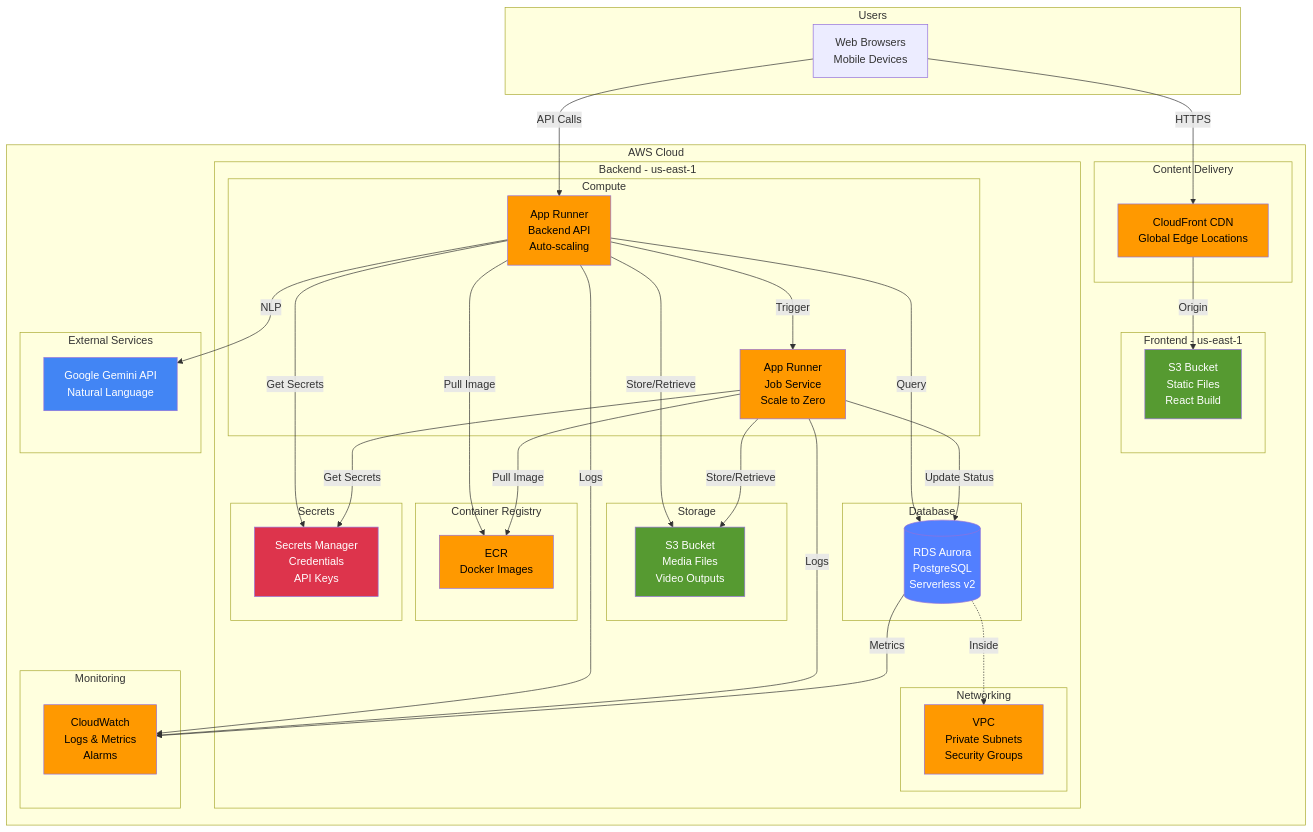
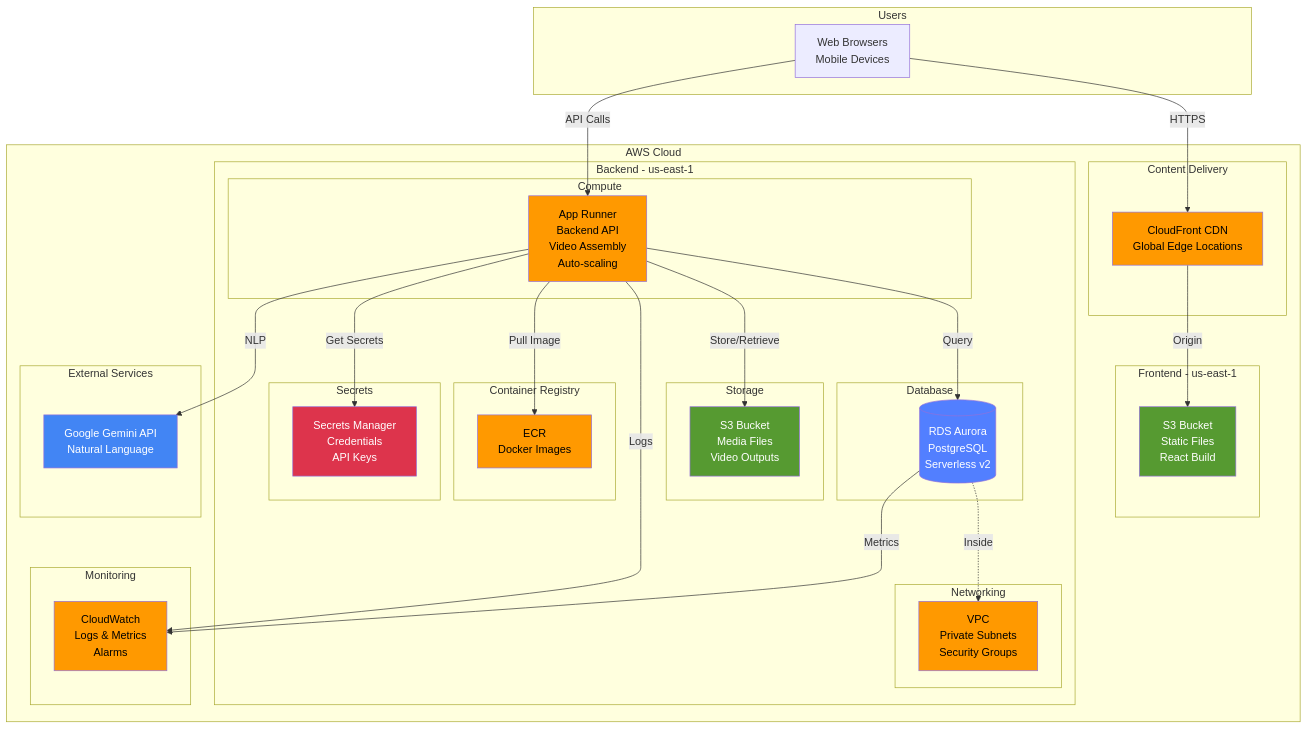
Before and after one commit to erickrex/bachata_buddy: the second of 6 diagrams in ARCHITECTURE.md, drawn with Mermaid. The commit also changed other lines of this file and 44 other files, not shown here.

````diff
--- a/ARCHITECTURE.md
+++ b/ARCHITECTURE.md
@@ -84,81 +77,73 @@
 ```mermaid
 graph TB
     subgraph "Users"
         U[Web Browsers<br/>Mobile Devices]
     end
     
     subgraph "AWS Cloud"
         subgraph "Content Delivery"
             CF[CloudFront CDN<br/>Global Edge Locations]
         end
         
         subgraph "Frontend - us-east-1"
             S3F[S3 Bucket<br/>Static Files<br/>React Build]
         end
         
         subgraph "Backend - us-east-1"
             subgraph "Compute"
-                AR1[App Runner<br/>Backend API<br/>Auto-scaling]
-                AR2[App Runner<br/>Job Service<br/>Scale to Zero]
+                AR1[App Runner<br/>Backend API<br/>Video Assembly<br/>Auto-scaling]
             end
             
             subgraph "Storage"
                 S3M[S3 Bucket<br/>Media Files<br/>Video Outputs]
             end
             
             subgraph "Database"
                 RDS[(RDS Aurora<br/>PostgreSQL<br/>Serverless v2)]
             end
             
             subgraph "Container Registry"
                 ECR[ECR<br/>Docker Images]
             end
             
             subgraph "Secrets"
                 SM[Secrets Manager<br/>Credentials<br/>API Keys]
             end
             
             subgraph "Networking"
                 VPC[VPC<br/>Private Subnets<br/>Security Groups]
             end
         end
         
         subgraph "Monitoring"
             CW[CloudWatch<br/>Logs & Metrics<br/>Alarms]
         end
         
         subgraph "External Services"
             GEMINI[Google Gemini API<br/>Natural Language]
         end
     end
     
     U -->|HTTPS| CF
     CF -->|Origin| S3F
     U -->|API Calls| AR1
     AR1 -->|Query| RDS
-    AR1 -->|Trigger| AR2
     AR1 -->|Store/Retrieve| S3M
-    AR2 -->|Store/Retrieve| S3M
-    AR2 -->|Update Status| RDS
     AR1 -->|Pull Image| ECR
-    AR2 -->|Pull Image| ECR
     AR1 -->|Get Secrets| SM
-    AR2 -->|Get Secrets| SM
     RDS -.->|Inside| VPC
     AR1 -->|NLP| GEMINI
     AR1 -->|Logs| CW
-    AR2 -->|Logs| CW
     RDS -->|Metrics| CW
     
     style CF fill:#ff9900,color:#000
     style S3F fill:#569a31,color:#fff
     style S3M fill:#569a31,color:#fff
     style AR1 fill:#ff9900,color:#000
-    style AR2 fill:#ff9900,color:#000
     style RDS fill:#527fff,color:#fff
     style ECR fill:#ff9900,color:#000
     style SM fill:#dd344c,color:#fff
     style VPC fill:#ff9900,color:#000
     style CW fill:#ff9900,color:#000
     style GEMINI fill:#4285f4,color:#fff
 ```
````
